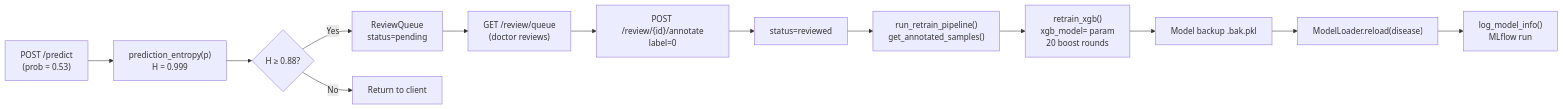
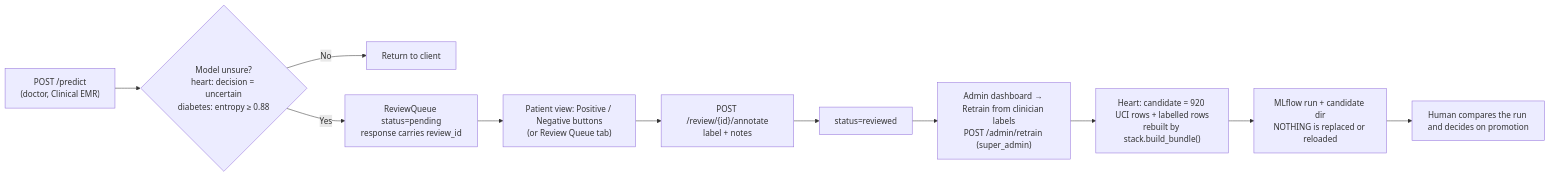
The third of 4 diagrams in README.md (yahyalababenah/omnidiag), drawn with Mermaid before and after one commit. The commit also changed other lines of this file and 3 other files, not shown here.

First line of the commit message:
feat(admin): retrain heart candidate from the dashboard; README documents the HITL + retrain flow

````diff
--- a/README.md
+++ b/README.md
@@ -332,15 +332,13 @@
 ```mermaid
 flowchart LR
-    A["POST /predict\n(prob = 0.53)"] --> B["prediction_entropy(p)\nH = 0.999"]
-    B --> C{H ≥ 0.88?}
-    C -->|Yes| D["ReviewQueue\nstatus=pending"]
-    C -->|No| E[Return to client]
-    D --> F["GET /review/queue\n(doctor reviews)"]
-    F --> G["POST /review/{id}/annotate\nlabel=0"]
+    A["POST /predict\n(doctor, Clinical EMR)"] --> B{"Model unsure?\nheart: decision = uncertain\ndiabetes: entropy ≥ 0.88"}
+    B -->|No| E[Return to client]
+    B -->|Yes| D["ReviewQueue status=pending\nresponse carries review_id"]
+    D --> F["Patient view: Positive / Negative buttons\n(or Review Queue tab)"]
+    F --> G["POST /review/{id}/annotate\nlabel + notes"]
     G --> H["status=reviewed"]
-    H --> I["run_retrain_pipeline()\nget_annotated_samples()"]
-    I --> J["retrain_xgb()\nxgb_model= param\n20 boost rounds"]
-    J --> K["Model backup .bak.pkl"]
-    K --> L["ModelLoader.reload(disease)"]
-    L --> M["log_model_info()\nMLflow run"]
+    H --> I["Admin dashboard → Retrain from clinician labels\nPOST /admin/retrain (super_admin)"]
+    I --> J["Heart: candidate = 920 UCI rows + labelled rows\nrebuilt by stack.build_bundle()"]
+    J --> K["MLflow run + candidate dir\nNOTHING is replaced or reloaded"]
+    K --> L["Human compares the run and decides on promotion"]
 ```
````
